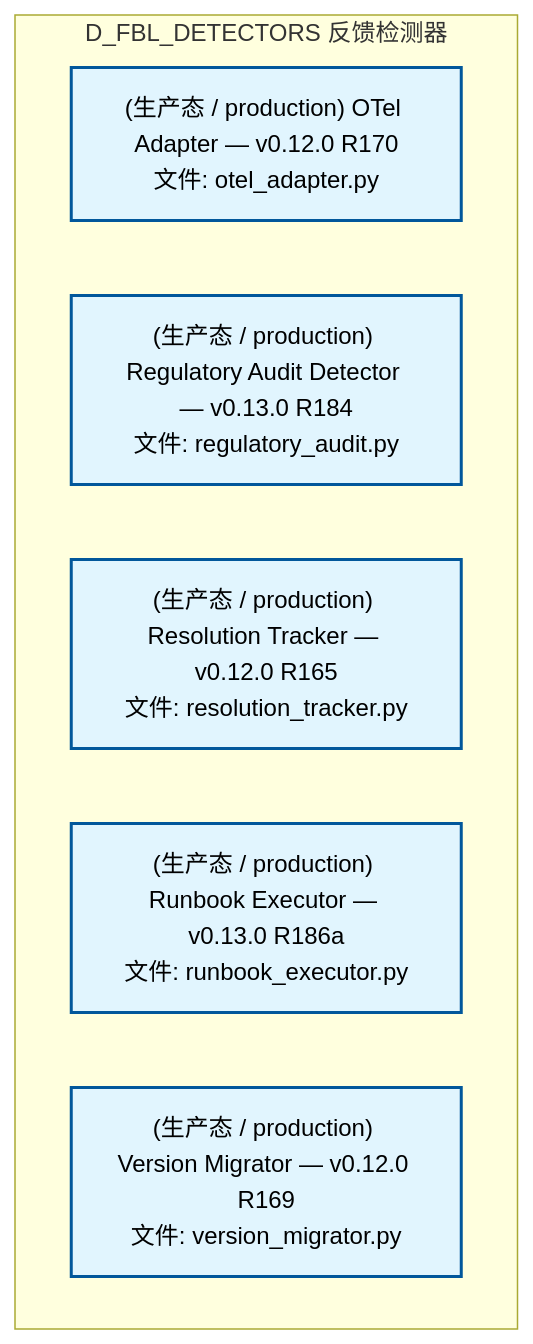
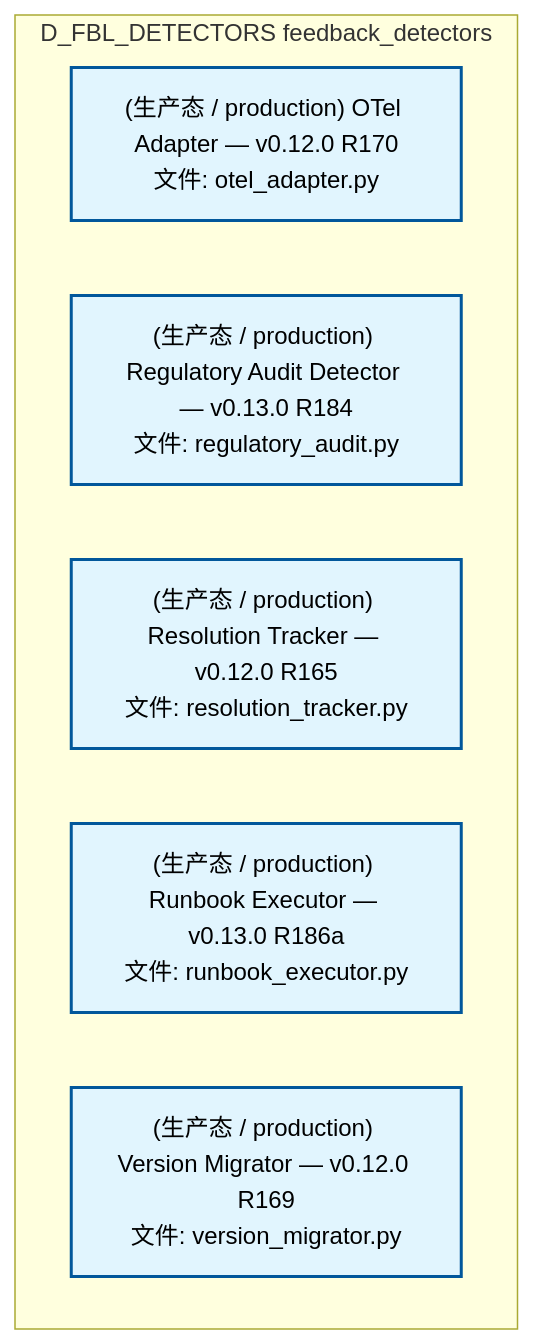
One commit to xuanFelixVan/ZephyrAlpha changed the third of 6 diagrams in docs/02_enterprise_architecture/02_domain_architecture_docs/11_d_fbl_detectors.md. Above: the diagram before and after it, drawn with Mermaid. The commit also changed other lines of this file and 115 other files, not shown here.

````diff
--- a/docs/02_enterprise_architecture/02_domain_architecture_docs/11_d_fbl_detectors.md
+++ b/docs/02_enterprise_architecture/02_domain_architecture_docs/11_d_fbl_detectors.md
@@ -231,15 +230,15 @@
 ```mermaid
 graph TD
-    subgraph D_FBL_DETECTORS["D_FBL_DETECTORS 反馈检测器"]
+    subgraph D_FBL_DETECTORS["D_FBL_DETECTORS feedback_detectors"]
         src_zephyr_feedback_loop_detectors_reliability_otel_adapter_py["(生产态 / production) OTel Adapter — v0.12.0 R170<br/>文件: otel_adapter.py"]
         src_zephyr_feedback_loop_detectors_reliability_regulatory_audit_py["(生产态 / production) Regulatory Audit Detector — v0.13.0 R184<br/>文件: regulatory_audit.py"]
         src_zephyr_feedback_loop_detectors_reliability_resolution_tracker_py["(生产态 / production) Resolution Tracker — v0.12.0 R165<br/>文件: resolution_tracker.py"]
         src_zephyr_feedback_loop_detectors_reliability_runbook_executor_py["(生产态 / production) Runbook Executor — v0.13.0 R186a<br/>文件: runbook_executor.py"]
         src_zephyr_feedback_loop_detectors_reliability_version_migrator_py["(生产态 / production) Version Migrator — v0.12.0 R169<br/>文件: version_migrator.py"]
     end
     classDef production fill:#e1f5fe,stroke:#01579b,stroke-width:2px,color:#000
     classDef design fill:#fff3e0,stroke:#e65100,stroke-width:2px,color:#000,stroke-dasharray: 5 5
     classDef external_prod fill:#e8f5e9,stroke:#1b5e20,stroke-width:1px,color:#000
     classDef external_design fill:#fce4ec,stroke:#880e4f,stroke-width:1px,color:#000,stroke-dasharray: 5 5
     class src_zephyr_feedback_loop_detectors_reliability_otel_adapter_py,src_zephyr_feedback_loop_detectors_reliability_regulatory_audit_py,src_zephyr_feedback_loop_detectors_reliability_resolution_tracker_py,src_zephyr_feedback_loop_detectors_reliability_runbook_executor_py,src_zephyr_feedback_loop_detectors_reliability_version_migrator_py production
 ```
````
